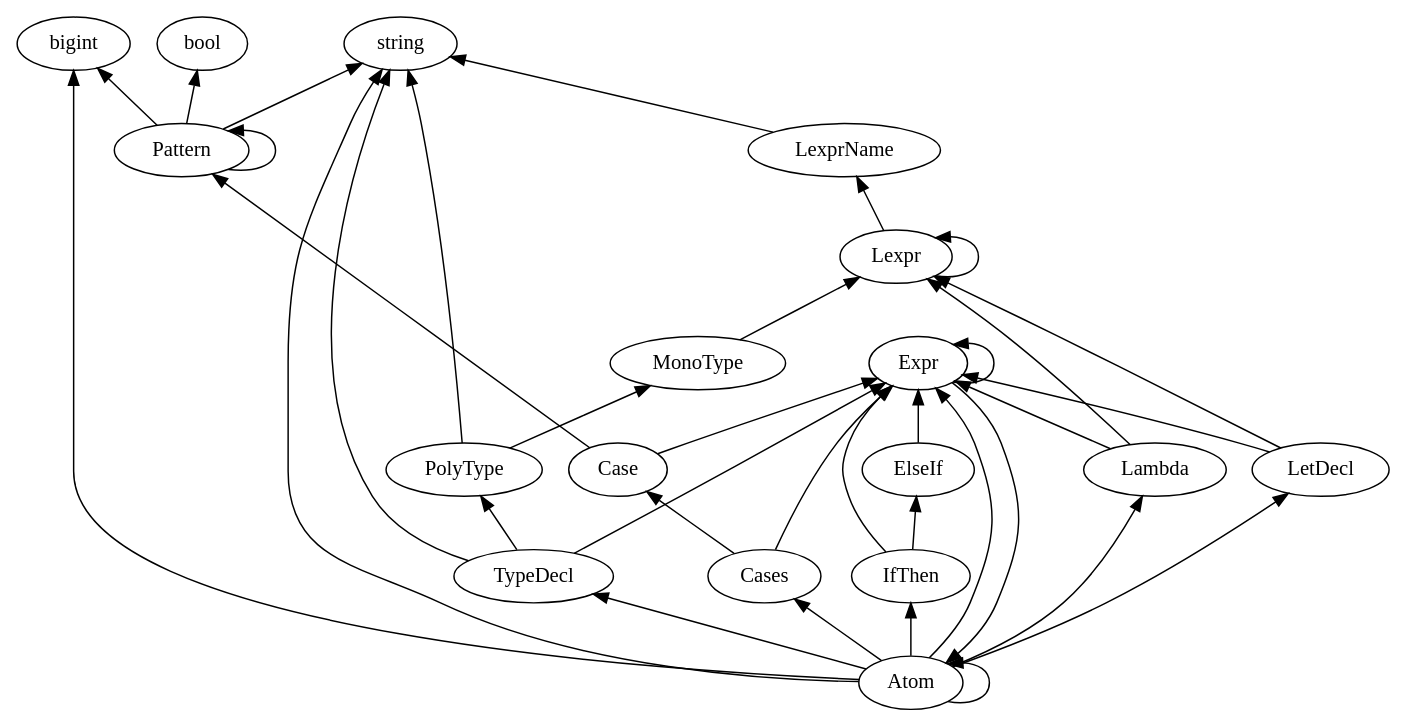
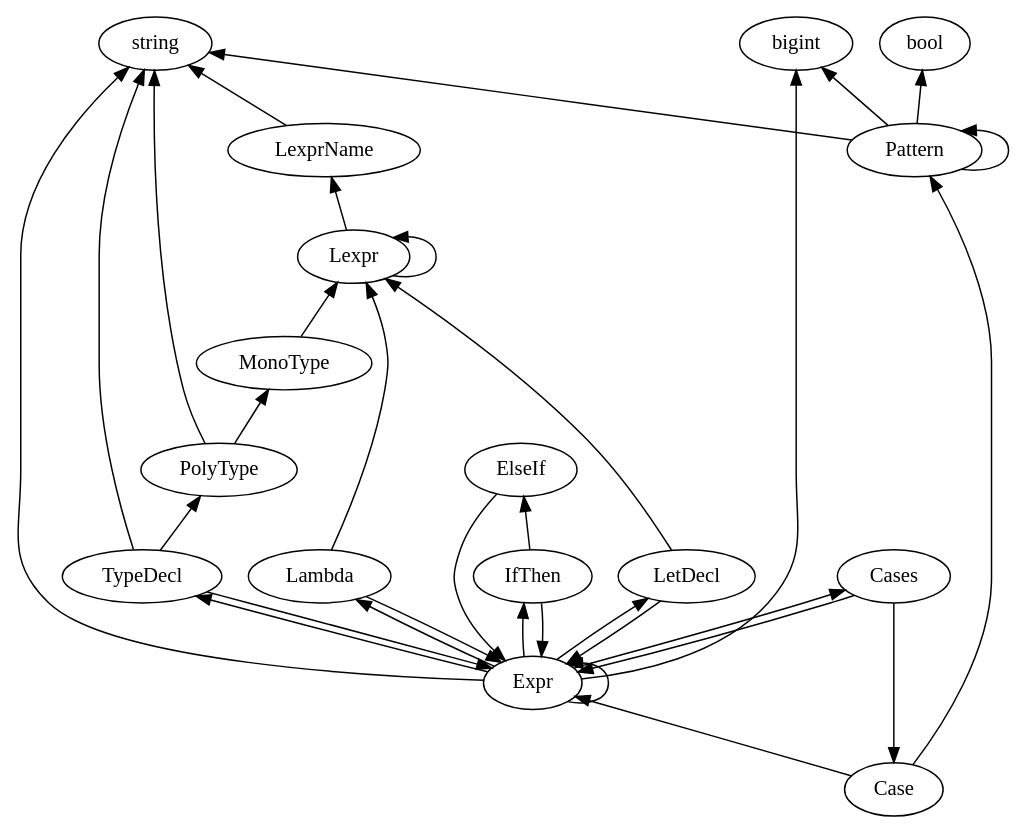
One commit to plutoscarab/Arafel changed the diagram in generated/productions.dot. Above: the diagram before and after it, drawn with Graphviz. The commit also changed 10 other files, not shown here.

```diff
--- a/generated/productions.dot
+++ b/generated/productions.dot
@@ -1,39 +1,36 @@
 digraph G {
     rankdir="BT"
     { rank=same; bool; bigint; string; }
-    Atom -> Atom
-    Atom -> bigint
-    Atom -> string
-    Atom -> Lambda
-    Atom -> Expr
-    Atom -> Cases
-    Atom -> IfThen
-    Atom -> LetDecl
-    Atom -> TypeDecl
     Case -> Pattern
     Case -> Expr
     Cases -> Expr
     Cases -> Case
     ElseIf -> Expr
-    Expr -> Atom
     Expr -> Expr
+    Expr -> bigint
+    Expr -> string
+    Expr -> Lambda
+    Expr -> Cases
+    Expr -> IfThen
+    Expr -> LetDecl
+    Expr -> TypeDecl
     IfThen -> Expr
     IfThen -> ElseIf
     Lambda -> Lexpr
     Lambda -> Expr
     LetDecl -> Lexpr
     LetDecl -> Expr
     Lexpr -> LexprName
     Lexpr -> Lexpr
     LexprName -> string
     MonoType -> Lexpr
     Pattern -> string
     Pattern -> Pattern
     Pattern -> bigint
     Pattern -> bool
     PolyType -> string
     PolyType -> MonoType
     TypeDecl -> string
     TypeDecl -> PolyType
     TypeDecl -> Expr
 }
```
